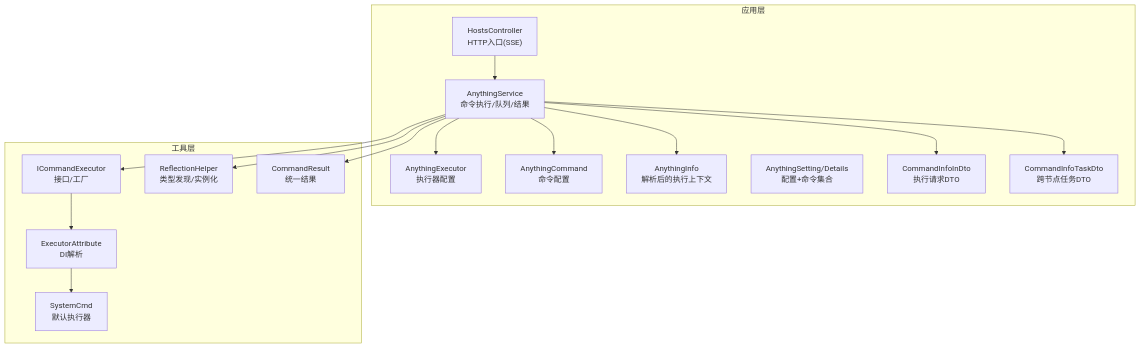
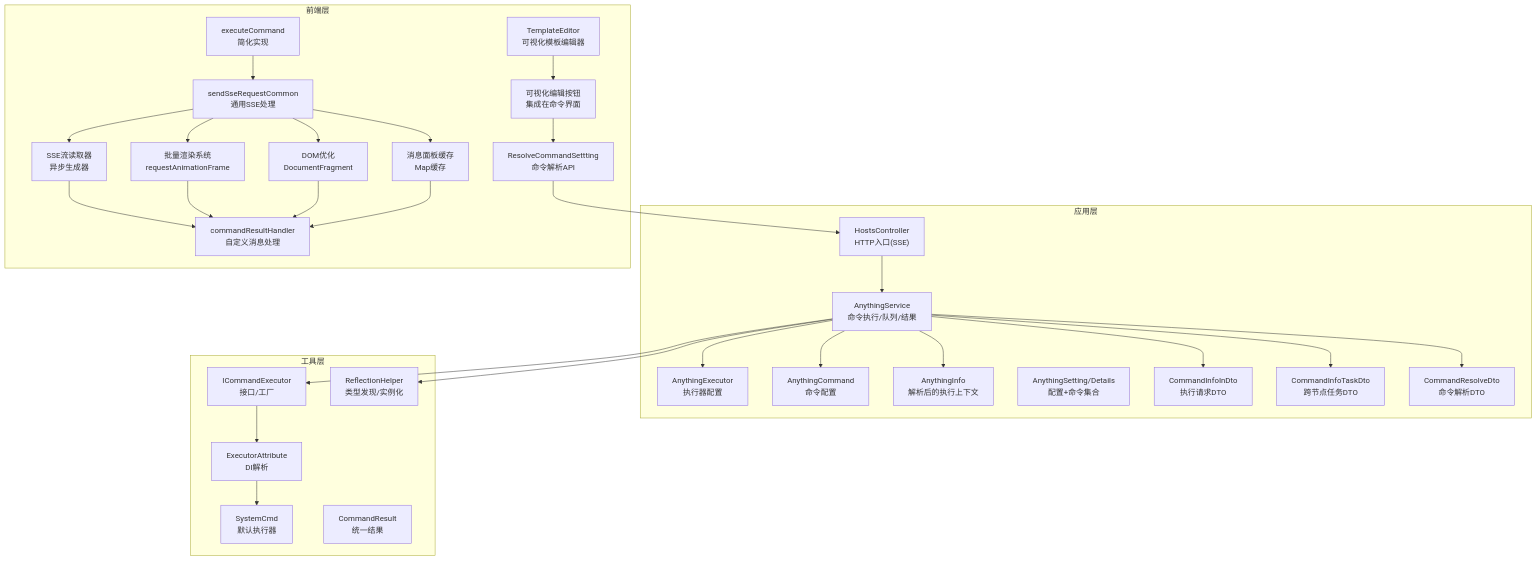
One commit to Sosososolong/AirGo changed the first of 9 diagrams in .qoder/repowiki/zh/content/项目概述/核心特性/远程主机管理/命令执行器系统.md. Above: the diagram before and after it, drawn with Mermaid. The commit also changed other lines of this file and 22 other files, not shown here.

````diff
--- a/.qoder/repowiki/zh/content/项目概述/核心特性/远程主机管理/命令执行器系统.md
+++ b/.qoder/repowiki/zh/content/项目概述/核心特性/远程主机管理/命令执行器系统.md
@@ -49,31 +76,56 @@
 ```mermaid
 graph TB
 subgraph "应用层"
 HC["HostsController<br/>HTTP入口(SSE)"]
 AS["AnythingService<br/>命令执行/队列/结果"]
 AE["AnythingExecutor<br/>执行器配置"]
 AC["AnythingCommand<br/>命令配置"]
 AI["AnythingInfo<br/>解析后的执行上下文"]
 ASD["AnythingSetting/Details<br/>配置+命令集合"]
 CID["CommandInfoInDto<br/>执行请求DTO"]
 CTID["CommandInfoTaskDto<br/>跨节点任务DTO"]
+CRD["CommandResolveDto<br/>命令解析DTO"]
 end
 subgraph "工具层"
 ICE["ICommandExecutor<br/>接口/工厂"]
 SYS["SystemCmd<br/>默认执行器"]
 EA["ExecutorAttribute<br/>DI解析"]
 RH["ReflectionHelper<br/>类型发现/实例化"]
 CR["CommandResult<br/>统一结果"]
+end
+subgraph "前端层"
+EXECCMD["executeCommand<br/>简化实现"]
+SSER["SSE流读取器<br/>异步生成器"]
+BATCH["批量渲染系统<br/>requestAnimationFrame"]
+DF["DOM优化<br/>DocumentFragment"]
+CACHE["消息面板缓存<br/>Map缓存"]
+CRH["commandResultHandler<br/>自定义消息处理"]
+SSERC["sendSseRequestCommon<br/>通用SSE处理"]
+TE["TemplateEditor<br/>可视化模板编辑器"]
+VEBTN["可视化编辑按钮<br/>集成在命令界面"]
+RESOLVE["ResolveCommandSettting<br/>命令解析API"]
 end
 HC --> AS
 AS --> ICE
 ICE --> EA
 EA --> SYS
 AS --> RH
 AS --> AC
 AS --> AE
 AS --> AI
 AS --> CID
 AS --> CTID
-AS --> CR
+AS --> CRD
+EXECCMD --> SSERC
+SSERC --> SSER
+SSERC --> BATCH
+SSERC --> DF
+SSERC --> CACHE
+SSER --> CRH
+BATCH --> CRH
+DF --> CRH
+CACHE --> CRH
+TE --> VEBTN
+VEBTN --> RESOLVE
+RESOLVE --> HC
 ```
````
